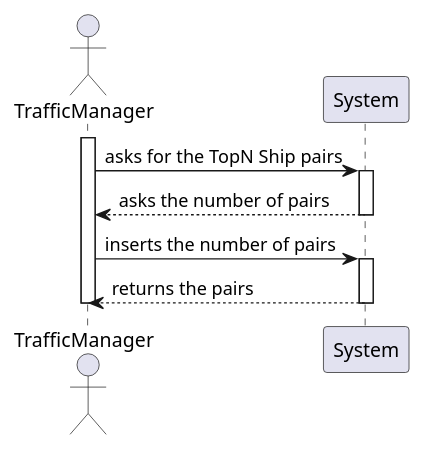
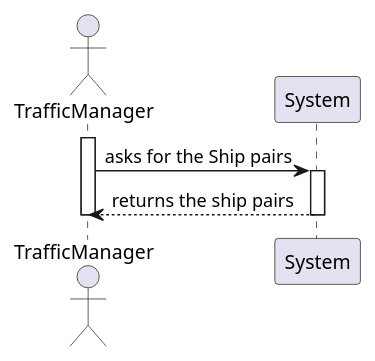
The diagram in Docs/Sprint A/US107/US107_SD.puml (MarianaCLages/LAPR3), drawn with PlantUML before and after one commit. The commit also changed 1 other file, not shown here.

```diff
--- a/Docs/Sprint A/US107/US107_SD.puml
+++ b/Docs/Sprint A/US107/US107_SD.puml
@@ -1,17 +1,14 @@
 @startuml
 actor TrafficManager
 participant System
 
 activate TrafficManager
-TrafficManager -> System: asks for the TopN Ship pairs
+TrafficManager -> System: asks for the Ship pairs
 activate System
-System --> TrafficManager: asks the number of pairs
+System --> TrafficManager: returns the ship pairs
 deactivate System
 
-TrafficManager -> System: inserts the number of pairs
-activate System
-System --> TrafficManager: returns the pairs
-deactivate System
+
 
 deactivate TrafficManager
 @enduml
```
